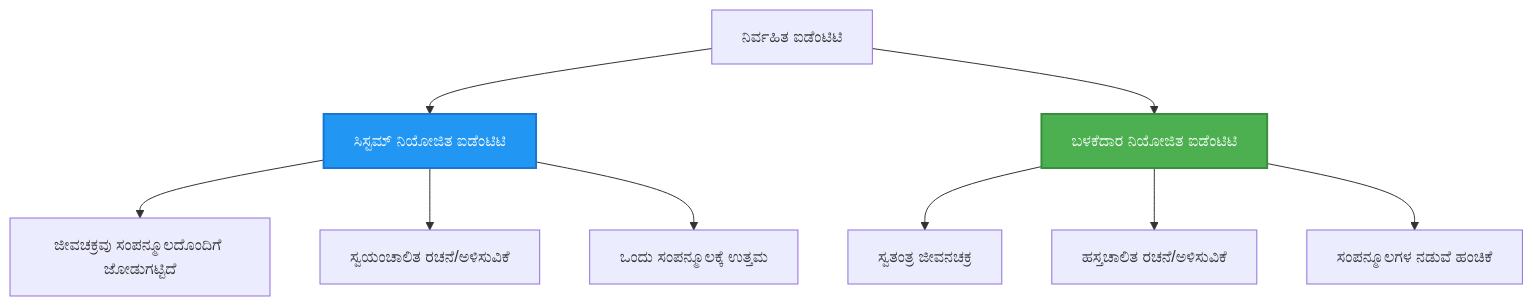
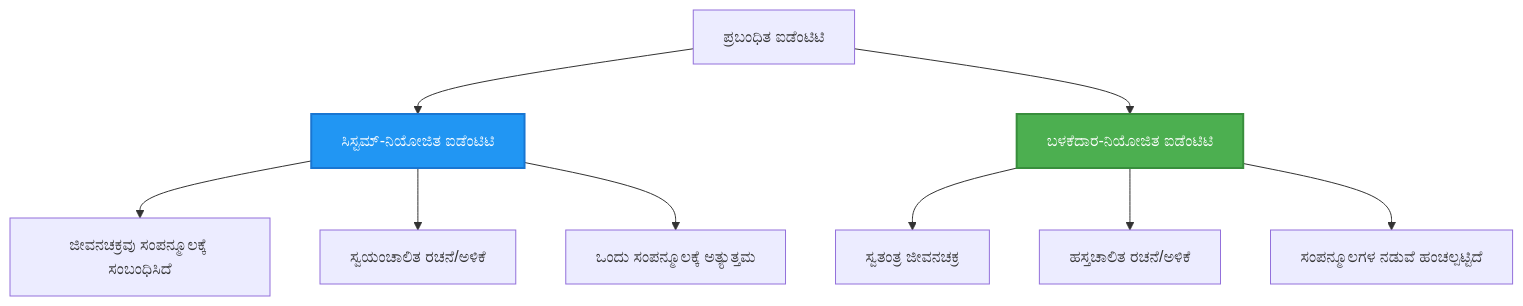
One commit to microsoft/AZD-for-beginners changed the second of 2 diagrams in translations/kn/docs/chapter-03-configuration/authsecurity.md. Above: the diagram before and after it, drawn with Mermaid. The commit also changed other lines of this file and 104 other files, not shown here.

````diff
--- a/translations/kn/docs/chapter-03-configuration/authsecurity.md
+++ b/translations/kn/docs/chapter-03-configuration/authsecurity.md
@@ -97,20 +98,20 @@
 ```mermaid
 graph TB
-    MI[ನಿರ್ವಹಿತ ಐಡೆಂಟಿಟಿ]
-    SystemAssigned[ಸಿಸ್ಟಮ್ ನಿಯೋಜಿತ ಐಡೆಂಟಿಟಿ]
-    UserAssigned[ಬಳಕೆದಾರ ನಿಯೋಜಿತ ಐಡೆಂಟಿಟಿ]
+    MI[ಪ್ರಬಂಧಿತ ಐಡೆಂಟಿಟಿ]
+    SystemAssigned[ಸಿಸ್ಟಮ್-ನಿಯೋಜಿತ ಐಡೆಂಟಿಟಿ]
+    UserAssigned[ಬಳಕೆದಾರ-ನಿಯೋಜಿತ ಐಡೆಂಟಿಟಿ]
     
     MI --> SystemAssigned
     MI --> UserAssigned
     
-    SystemAssigned --> SA1[ಜೀವಚಕ್ರವು ಸಂಪನ್ಮೂಲದೊಂದಿಗೆ ಜೋಡುಗಟ್ಟಿದೆ]
-    SystemAssigned --> SA2[ಸ್ವಯಂಚಾಲಿತ ರಚನೆ/ಅಳಿಸುವಿಕೆ]
-    SystemAssigned --> SA3[ಒಂದು ಸಂಪನ್ಮೂಲಕ್ಕೆ ಉತ್ತಮ]
+    SystemAssigned --> SA1[ಜೀವನಚಕ್ರವು ಸಂಪನ್ಮೂಲಕ್ಕೆ ಸಂಬಂಧಿಸಿದೆ]
+    SystemAssigned --> SA2[ಸ್ವಯಂಚಾಲಿತ ರಚನೆ/ಅಳಿಕೆ]
+    SystemAssigned --> SA3[ಒಂದು ಸಂಪನ್ಮೂಲಕ್ಕೆ ಅತ್ಯುತ್ತಮ]
     
     UserAssigned --> UA1[ಸ್ವತಂತ್ರ ಜೀವನಚಕ್ರ]
-    UserAssigned --> UA2[ಹಸ್ತಚಾಲಿತ ರಚನೆ/ಅಳಿಸುವಿಕೆ]
-    UserAssigned --> UA3[ಸಂಪನ್ಮೂಲಗಳ ನಡುವೆ ಹಂಚಿಕೆ]
+    UserAssigned --> UA2[ಹಸ್ತಚಾಲಿತ ರಚನೆ/ಅಳಿಕೆ]
+    UserAssigned --> UA3[ಸಂಪನ್ಮೂಲಗಳ ನಡುವೆ ಹಂಚಲ್ಪಟ್ಟಿದೆ]
     
     style SystemAssigned fill:#2196F3,stroke:#1976D2,stroke-width:2px,color:#fff
     style UserAssigned fill:#4CAF50,stroke:#388E3C,stroke-width:2px,color:#fff
 ```
````
